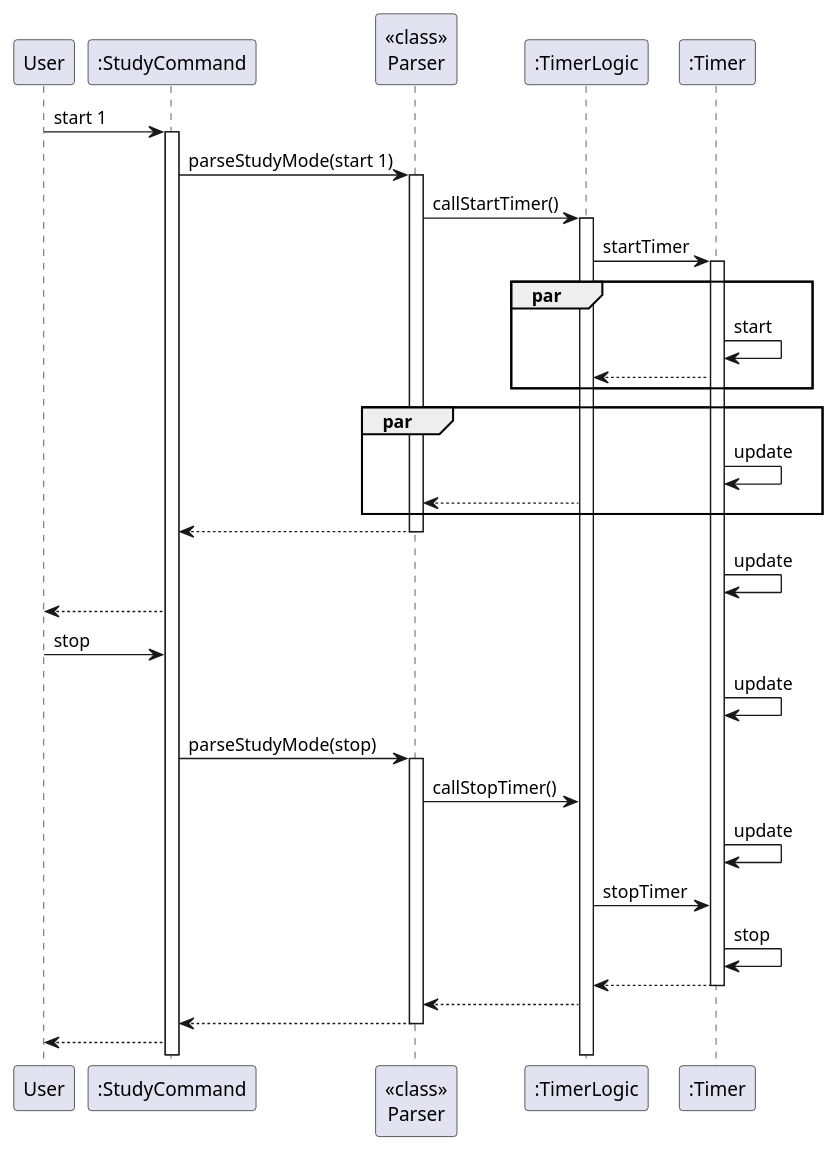
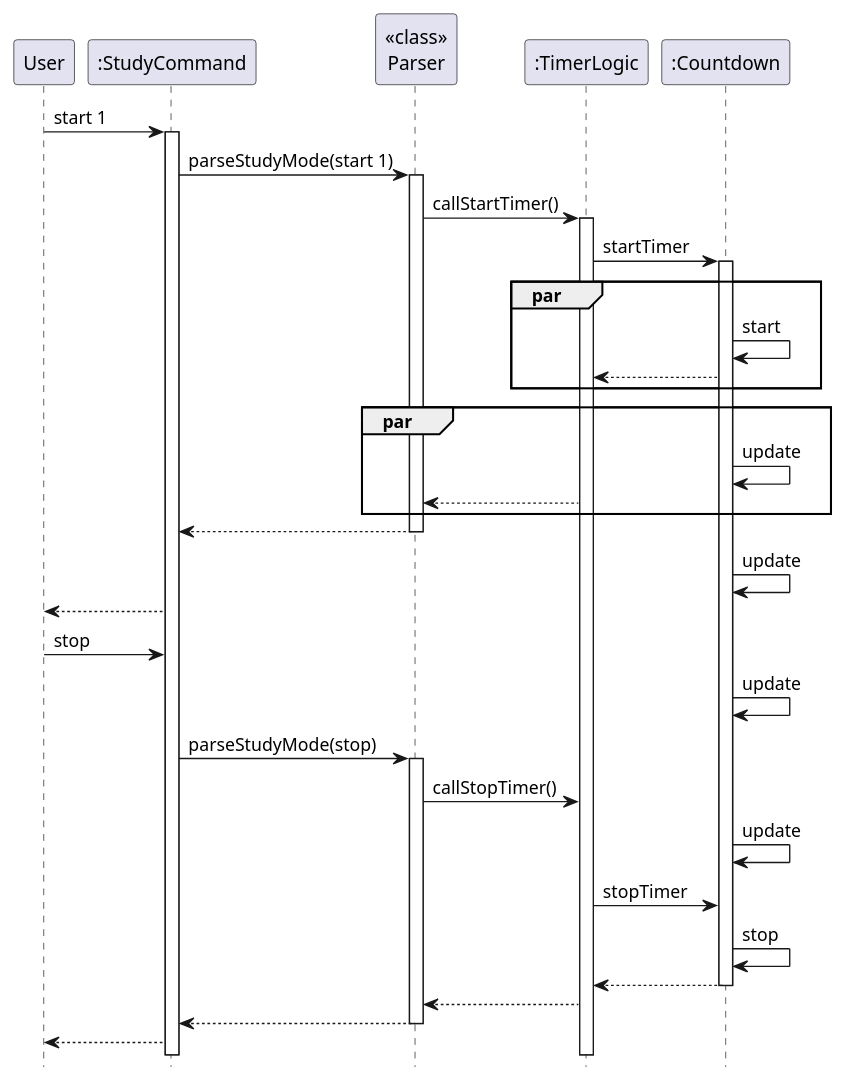
One commit to nus-cs2113-AY2122S2/tp changed the diagram in docs/puml/TimerClassSD.puml. Above: the diagram before and after it, drawn with PlantUML. The commit also changed 1 other file, not shown here.

Commit message:
Update Timer sequence diagram in Developer Guide

```diff
--- a/docs/puml/TimerClassSD.puml
+++ b/docs/puml/TimerClassSD.puml
@@ -1,55 +1,57 @@
 @startuml
+
+hide footbox
 participant User
 participant StudyCommand as ":StudyCommand"
 participant Parser as "<<class>>\nParser"
 participant TimerLogic as ":TimerLogic"
-participant Timer as ":Timer"
+participant Timer as ":Countdown"
 
 User -> StudyCommand: start 1
 activate StudyCommand
 
 StudyCommand -> Parser: parseStudyMode(start 1)
 activate Parser
 
 Parser -> TimerLogic: callStartTimer()
 activate TimerLogic
 
 TimerLogic -> Timer: startTimer
 activate Timer
 
 par
 Timer -> Timer: start
 Timer --> TimerLogic
 end
 
 par
 Timer -> Timer: update
 TimerLogic --> Parser
 end
 
 Parser --> StudyCommand
 deactivate Parser
 
 Timer -> Timer: update
 StudyCommand --> User
 User -> StudyCommand: stop
 Timer -> Timer: update
 
 StudyCommand -> Parser: parseStudyMode(stop)
 activate Parser
 
 Parser -> TimerLogic: callStopTimer()
 Timer -> Timer: update
 TimerLogic -> Timer: stopTimer
 Timer -> Timer: stop
 
 Timer --> TimerLogic
 deactivate Timer
 
 TimerLogic --> Parser
 
 Parser --> StudyCommand
 deactivate Parser
 
 StudyCommand --> User
 @enduml
```
